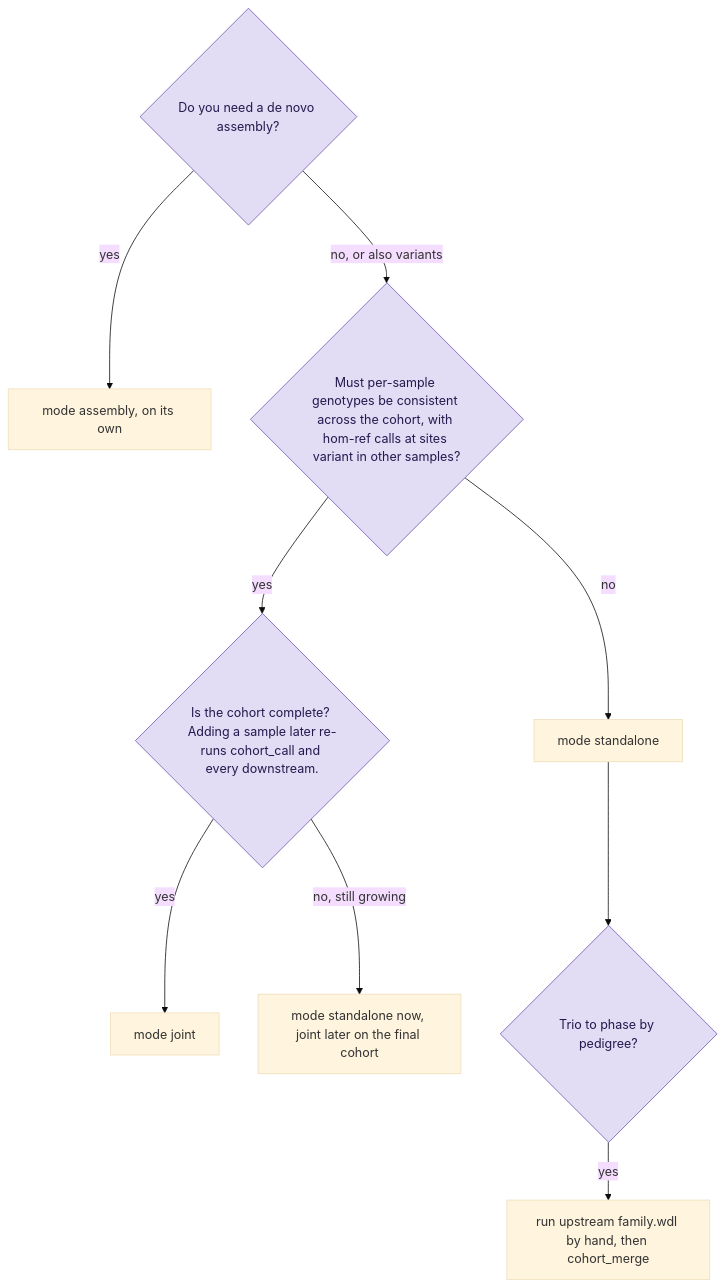
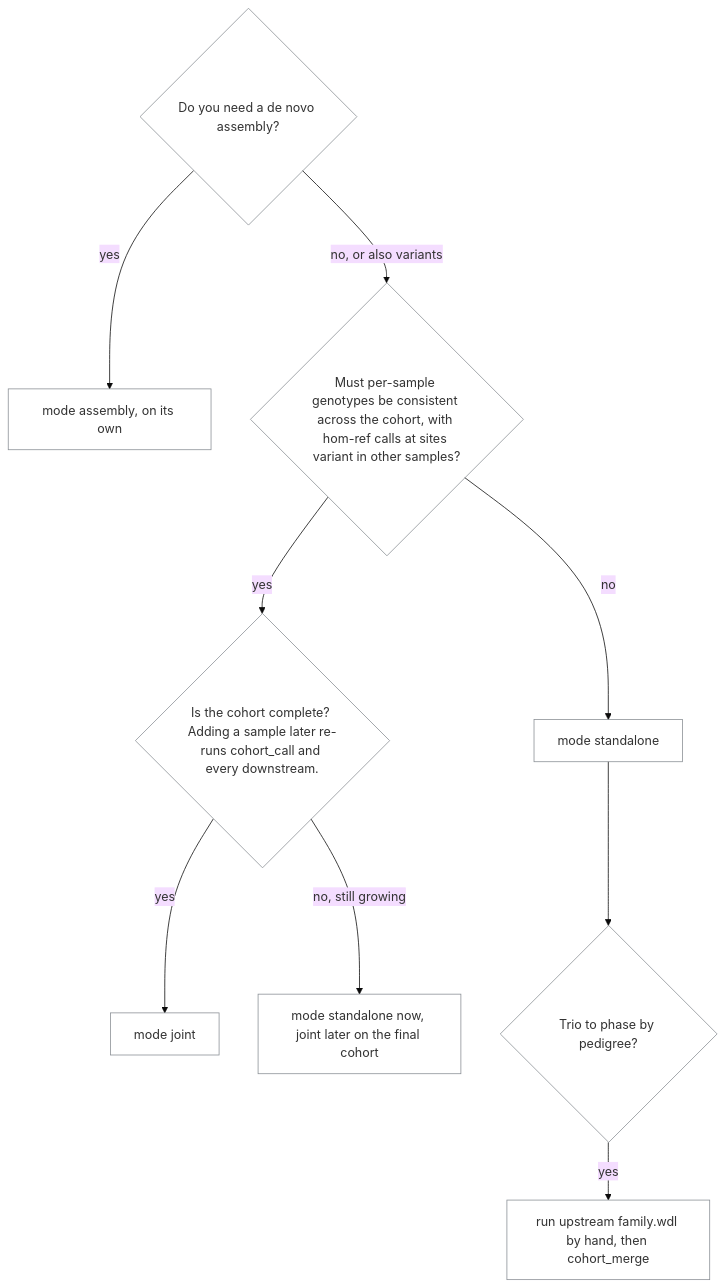
The first of 2 diagrams in docs/guide/03-choosing-a-mode.md (UppsalaGenomeCenter/ugc-wgw), drawn with Mermaid (base theme) before and after one commit. The commit also changed 51 other files, not shown here.

````diff
--- a/docs/guide/03-choosing-a-mode.md
+++ b/docs/guide/03-choosing-a-mode.md
@@ -5,13 +5,14 @@
 ```mermaid
 flowchart TD
   q0{"Do you need a de novo assembly?"}:::decision
   q0 -->|"yes"| asm["mode assembly, on its own"]
   q0 -->|"no, or also variants"| q1{"Must per-sample genotypes be consistent across the cohort, with hom-ref calls at sites variant in other samples?"}:::decision
   q1 -->|"no"| sa["mode standalone"]
   q1 -->|"yes"| q2{"Is the cohort complete? Adding a sample later re-runs cohort_call and every downstream."}:::decision
   q2 -->|"yes"| jo["mode joint"]
   q2 -->|"no, still growing"| both["mode standalone now, joint later on the final cohort"]
   sa --> q3{"Trio to phase by pedigree?"}:::decision
   q3 -->|"yes"| fam["run upstream family.wdl by hand, then cohort_merge"]
-  classDef decision fill:#e3dcf5,stroke:#6b56b0,color:#241a4d
+  classDef default fill:none,stroke:#8a8f95
+  classDef decision fill:none,stroke:#8a8f95
 ```
````
